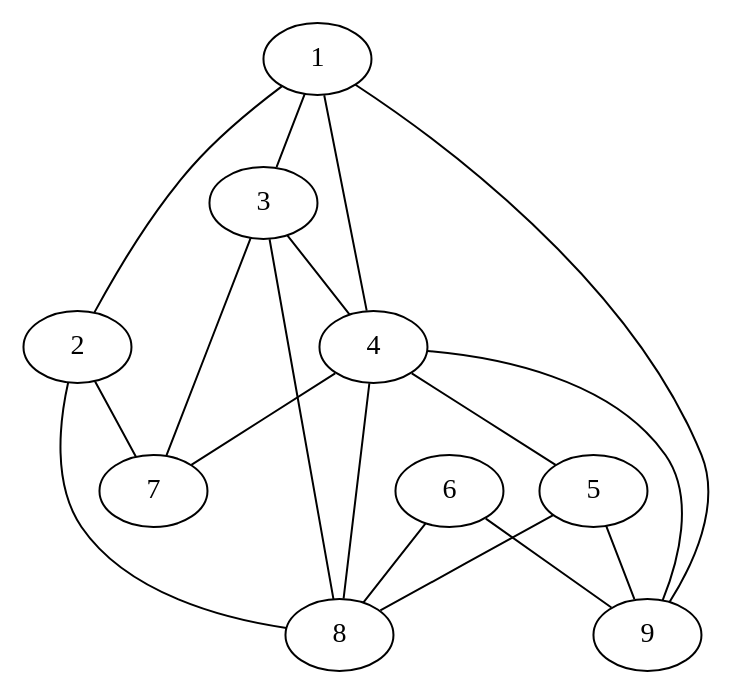
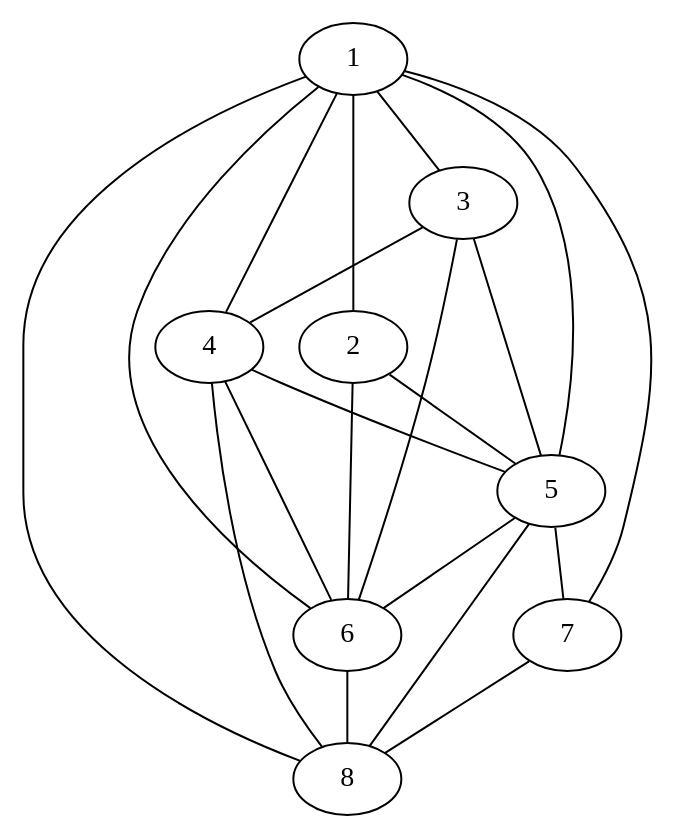
One commit to derb/VAA changed the diagram in ueb03/t.dot. Above: the diagram before and after it, drawn with Graphviz. The commit also changed 21 other files, not shown here.

```diff
--- a/ueb03/t.dot
+++ b/ueb03/t.dot
@@ -1,19 +1,22 @@
 graph generated_Graph {
+1 -- 6;
+1 -- 5;
+1 -- 4;
 1 -- 2;
+1 -- 8;
 1 -- 3;
-1 -- 9;
-1 -- 4;
-2 -- 8;
-2 -- 7;
-3 -- 7;
-3 -- 8;
+1 -- 7;
+2 -- 5;
+2 -- 6;
+3 -- 6;
 3 -- 4;
+3 -- 5;
+4 -- 6;
 4 -- 5;
-4 -- 7;
 4 -- 8;
-4 -- 9;
+5 -- 6;
 5 -- 8;
-5 -- 9;
+5 -- 7;
 6 -- 8;
-6 -- 9;
+7 -- 8;
 }
```
